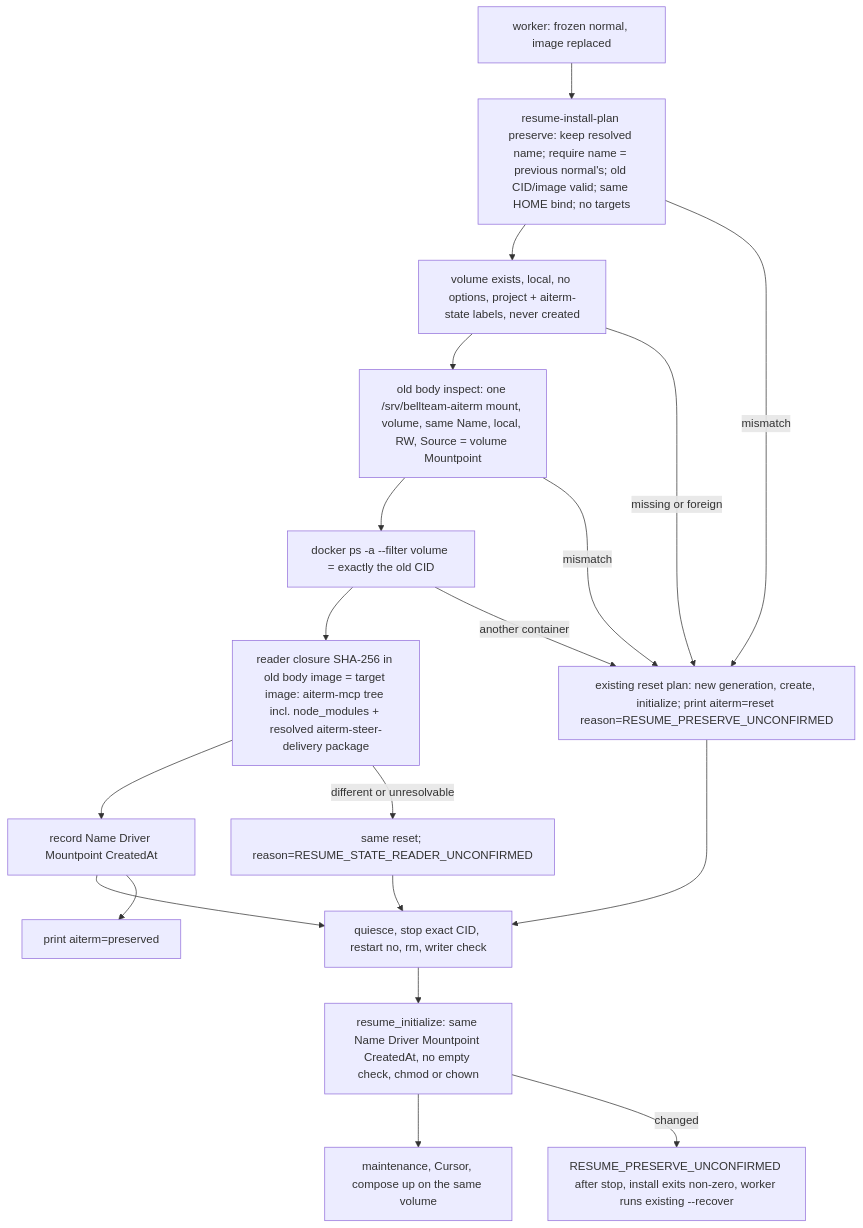
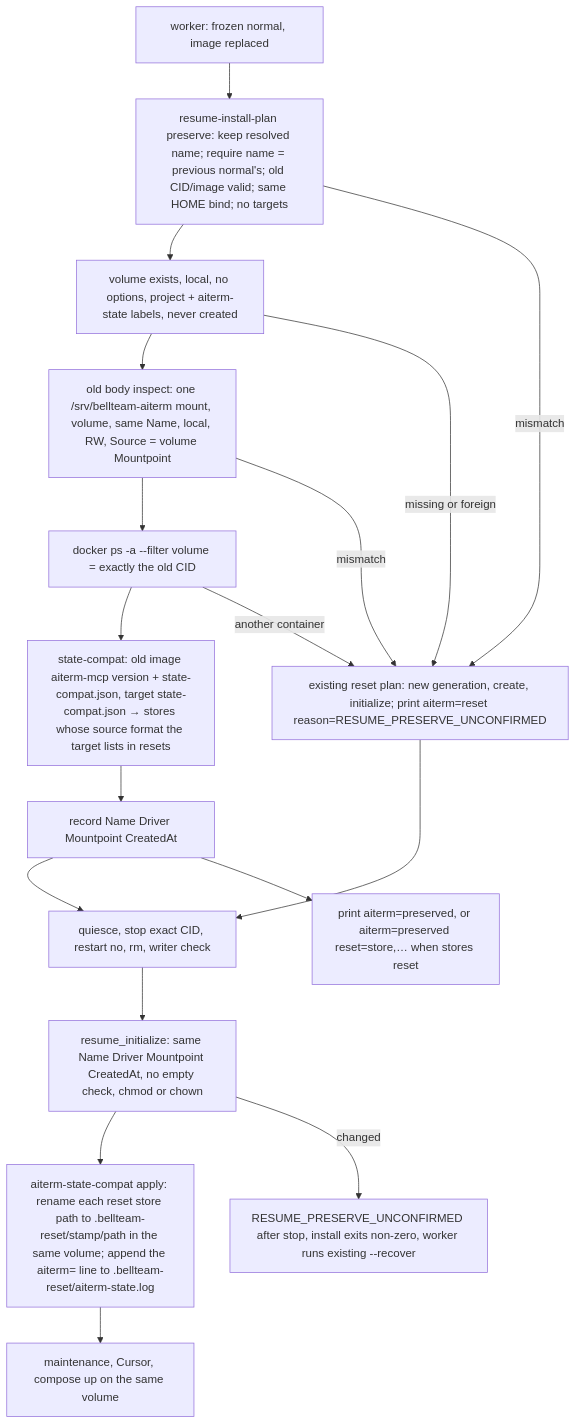
One commit to kitepon/BellTeam changed the sixth of 8 diagrams in docs/architecture/modules/runtime/container-update-bundled.md. Above: the diagram before and after it, drawn with Mermaid. The commit also changed other lines of this file and 6 other files, not shown here.

First line of the commit message:
Keep Aiterm state across Aiterm releases on bundled body swaps

````diff
--- a/docs/architecture/modules/runtime/container-update-bundled.md
+++ b/docs/architecture/modules/runtime/container-update-bundled.md
@@ -159,21 +159,20 @@
 ```mermaid
 flowchart TD
   Frozen["worker: frozen normal, image replaced"] --> Plan["resume-install-plan preserve: keep resolved name; require name = previous normal's; old CID/image valid; same HOME bind; no targets"]
   Plan --> Exists["volume exists, local, no options, project + aiterm-state labels, never created"]
   Exists --> Bind["old body inspect: one /srv/bellteam-aiterm mount, volume, same Name, local, RW, Source = volume Mountpoint"]
   Bind --> Only["docker ps -a --filter volume = exactly the old CID"]
-  Only --> Reader["reader closure SHA-256 in old body image = target image: aiterm-mcp tree incl. node_modules + resolved aiterm-steer-delivery package"]
-  Reader --> Record[record Name Driver Mountpoint CreatedAt]
+  Only --> Compat["state-compat: old image aiterm-mcp version + state-compat.json, target state-compat.json → stores whose source format the target lists in resets"]
+  Compat --> Record[record Name Driver Mountpoint CreatedAt]
   Record --> Stop[quiesce, stop exact CID, restart no, rm, writer check]
   Stop --> Recheck["resume_initialize: same Name Driver Mountpoint CreatedAt, no empty check, chmod or chown"]
-  Recheck --> Up[maintenance, Cursor, compose up on the same volume]
+  Recheck --> Aside["aiterm-state-compat apply: rename each reset store path to .bellteam-reset/stamp/path in the same volume; append the aiterm= line to .bellteam-reset/aiterm-state.log"]
+  Aside --> Up[maintenance, Cursor, compose up on the same volume]
   Plan -->|mismatch| Reset["existing reset plan: new generation, create, initialize; print aiterm=reset reason=RESUME_PRESERVE_UNCONFIRMED"]
   Exists -->|missing or foreign| Reset
   Bind -->|mismatch| Reset
   Only -->|another container| Reset
-  Reader -->|different or unresolvable| ResetReader["same reset; reason=RESUME_STATE_READER_UNCONFIRMED"]
-  Record --> Preserved["print aiterm=preserved"]
+  Record --> Preserved["print aiterm=preserved, or aiterm=preserved reset=store,… when stores reset"]
   Reset --> Stop
-  ResetReader --> Stop
   Recheck -->|changed| Halted["RESUME_PRESERVE_UNCONFIRMED after stop, install exits non-zero, worker runs existing --recover"]
 ```
````
